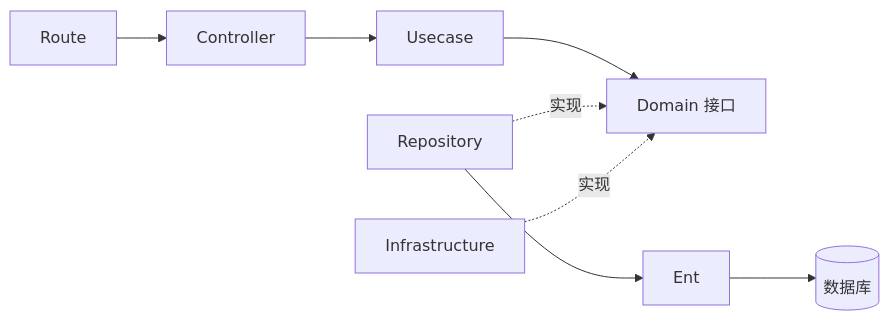
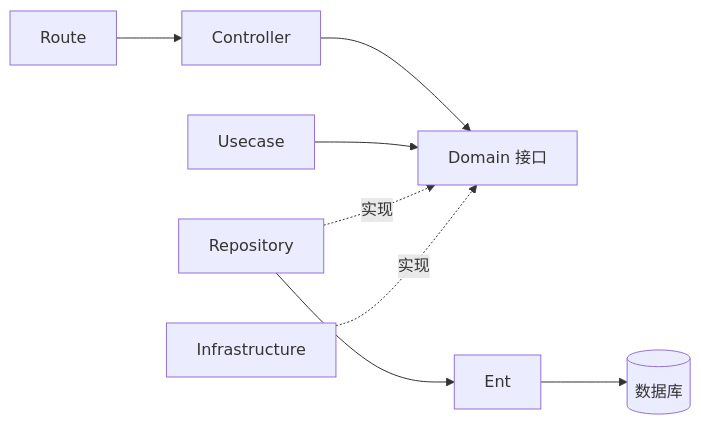
Before and after one commit to ahaodev/shadmin: the first of 2 diagrams in docs/getting-started/architecture.zh.md, drawn with Mermaid. The commit also changed other lines of this file and 227 other files, not shown here.

````diff
--- a/docs/getting-started/architecture.zh.md
+++ b/docs/getting-started/architecture.zh.md
@@ -9,9 +9,9 @@
 ```mermaid
 flowchart LR
     Route --> Controller
-    Controller --> Usecase
+    Controller --> Contracts
     Usecase --> Contracts[Domain 接口]
     Repository -. 实现 .-> Contracts
     Repository --> Ent --> DB[(数据库)]
     Infrastructure -. 实现 .-> Contracts
 ```
````
